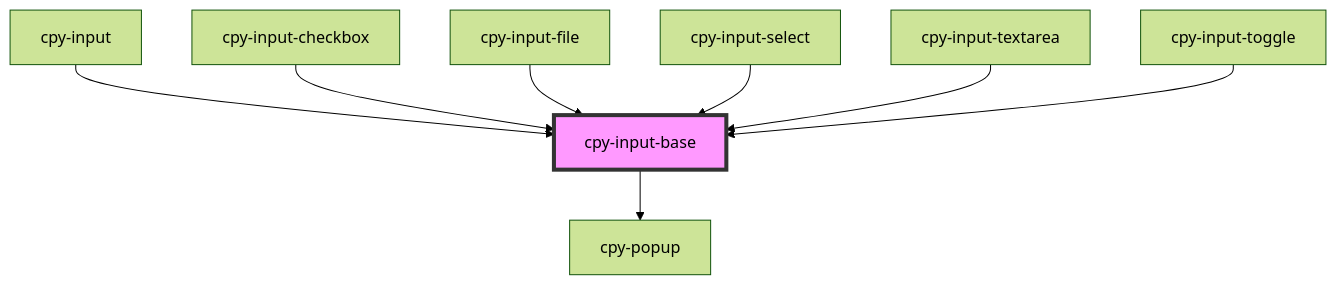
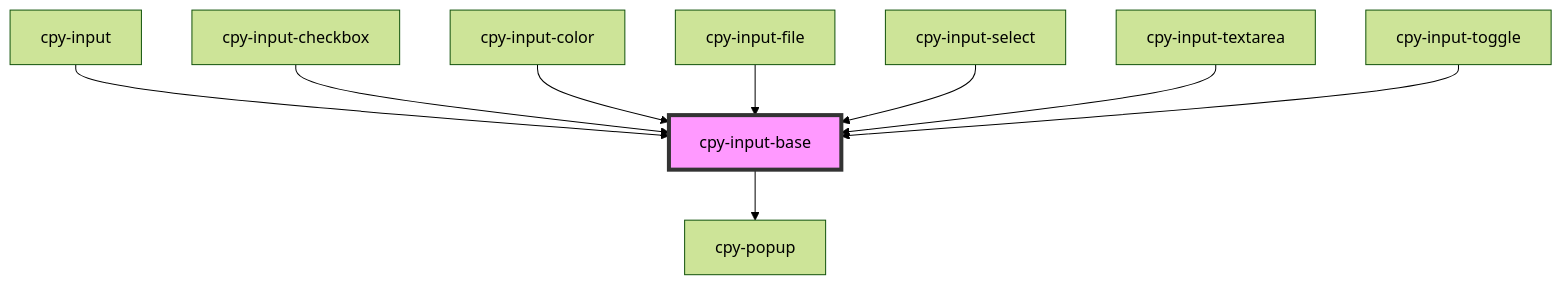
Before and after one commit to Lith1um/Canopy-Stencil: the diagram in stencil-lib/src/components/inputs/readme.md, drawn with Mermaid (forest theme). The commit also changed other lines of this file and 14 other files, not shown here.

````diff
--- a/stencil-lib/src/components/inputs/readme.md
+++ b/stencil-lib/src/components/inputs/readme.md
@@ -59,11 +60,12 @@
 ```mermaid
 graph TD;
   cpy-input-base --> cpy-popup
   cpy-input --> cpy-input-base
   cpy-input-checkbox --> cpy-input-base
+  cpy-input-color --> cpy-input-base
   cpy-input-file --> cpy-input-base
   cpy-input-select --> cpy-input-base
   cpy-input-textarea --> cpy-input-base
   cpy-input-toggle --> cpy-input-base
   style cpy-input-base fill:#f9f,stroke:#333,stroke-width:4px
 ```
````
